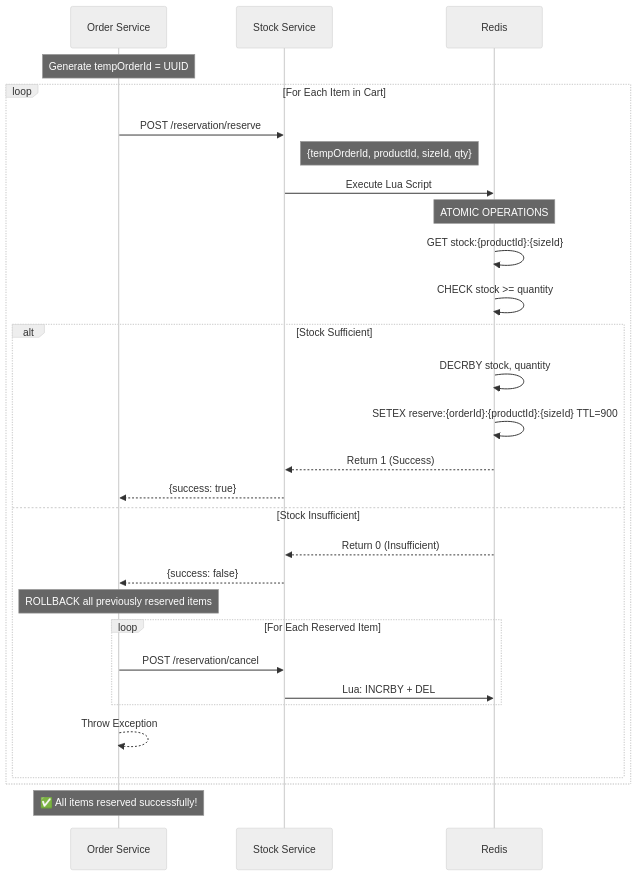
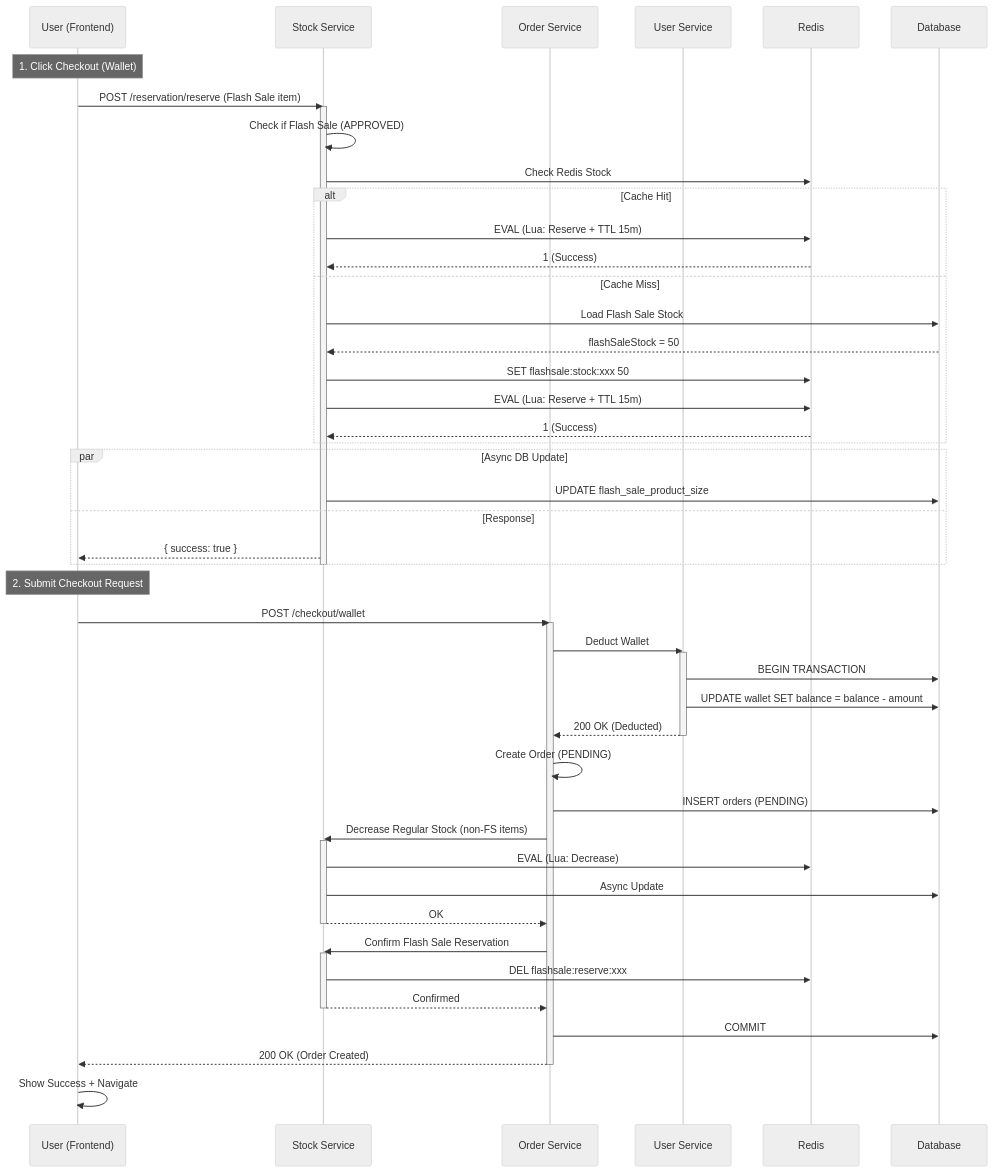
Before and after one commit to ThuanNgcodelor/VibeX-E-Commerce: the sixth of 6 diagrams in documents/activity/CHECKOUT_ACTIVITY.md, drawn with Mermaid (neutral theme). The commit also changed other lines of this file and 20 other files, not shown here.

First line of the commit message:
Update FlashSale

````diff
--- a/documents/activity/CHECKOUT_ACTIVITY.md
+++ b/documents/activity/CHECKOUT_ACTIVITY.md
@@ -281,37 +396,67 @@
 ```mermaid
 sequenceDiagram
+    participant U as User (Frontend)
+    participant SS as Stock Service
     participant OS as Order Service
-    participant SS as Stock Service
+    participant US as User Service
     participant R as Redis
+    participant DB as Database
     
-    Note over OS: Generate tempOrderId = UUID
+    Note over U: 1. Click Checkout (Wallet)
     
-    loop For Each Item in Cart
-        OS->>SS: POST /reservation/reserve
-        Note right of SS: {tempOrderId, productId, sizeId, qty}
-        
-        SS->>R: Execute Lua Script
-        Note over R: ATOMIC OPERATIONS
-        R->>R: GET stock:{productId}:{sizeId}
-        R->>R: CHECK stock >= quantity
-        
-        alt Stock Sufficient
-            R->>R: DECRBY stock, quantity
-            R->>R: SETEX reserve:{orderId}:{productId}:{sizeId} TTL=900
-            R-->>SS: Return 1 (Success)
-            SS-->>OS: {success: true}
-        else Stock Insufficient
-            R-->>SS: Return 0 (Insufficient)
-            SS-->>OS: {success: false}
-            
-            Note over OS: ROLLBACK all previously reserved items
-            loop For Each Reserved Item
-                OS->>SS: POST /reservation/cancel
-                SS->>R: Lua: INCRBY + DEL
-            end
-            OS-->>OS: Throw Exception
-        end
+    U->>SS: POST /reservation/reserve (Flash Sale item)
+    activate SS
+    SS->>SS: Check if Flash Sale (APPROVED)
+    SS->>R: Check Redis Stock
+    
+    alt Cache Hit
+        SS->>R: EVAL (Lua: Reserve + TTL 15m)
+        R-->>SS: 1 (Success)
+    else Cache Miss
+        SS->>DB: Load Flash Sale Stock
+        DB-->>SS: flashSaleStock = 50
+        SS->>R: SET flashsale:stock:xxx 50
+        SS->>R: EVAL (Lua: Reserve + TTL 15m)
+        R-->>SS: 1 (Success)
     end
     
-    Note over OS: ✅ All items reserved successfully!
+    par Async DB Update
+        SS->>DB: UPDATE flash_sale_product_size
+    and Response
+        SS-->>U: { success: true }
+    end
+    deactivate SS
+    
+    Note over U: 2. Submit Checkout Request
+    U->>OS: POST /checkout/wallet
+    activate OS
+    
+    OS->>US: Deduct Wallet
+    activate US
+    US->>DB: BEGIN TRANSACTION
+    US->>DB: UPDATE wallet SET balance = balance - amount
+    US-->>OS: 200 OK (Deducted)
+    deactivate US
+    
+    OS->>OS: Create Order (PENDING)
+    OS->>DB: INSERT orders (PENDING)
+    
+    OS->>SS: Decrease Regular Stock (non-FS items)
+    activate SS
+    SS->>R: EVAL (Lua: Decrease)
+    SS->>DB: Async Update
+    SS-->>OS: OK
+    deactivate SS
+    
+    OS->>SS: Confirm Flash Sale Reservation
+    activate SS
+    SS->>R: DEL flashsale:reserve:xxx
+    SS-->>OS: Confirmed
+    deactivate SS
+    
+    OS->>DB: COMMIT
+    OS-->>U: 200 OK (Order Created)
+    deactivate OS
+    
+    U->>U: Show Success + Navigate
 ```
````
